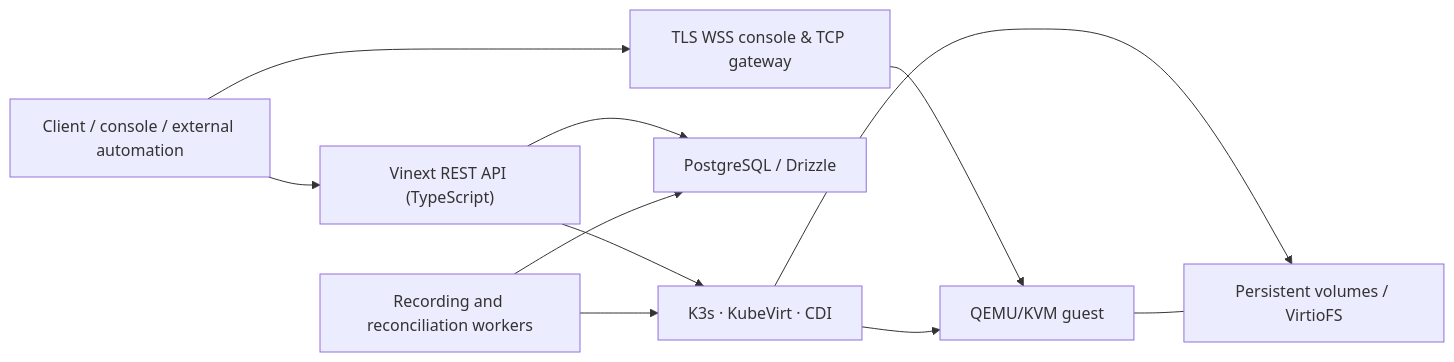
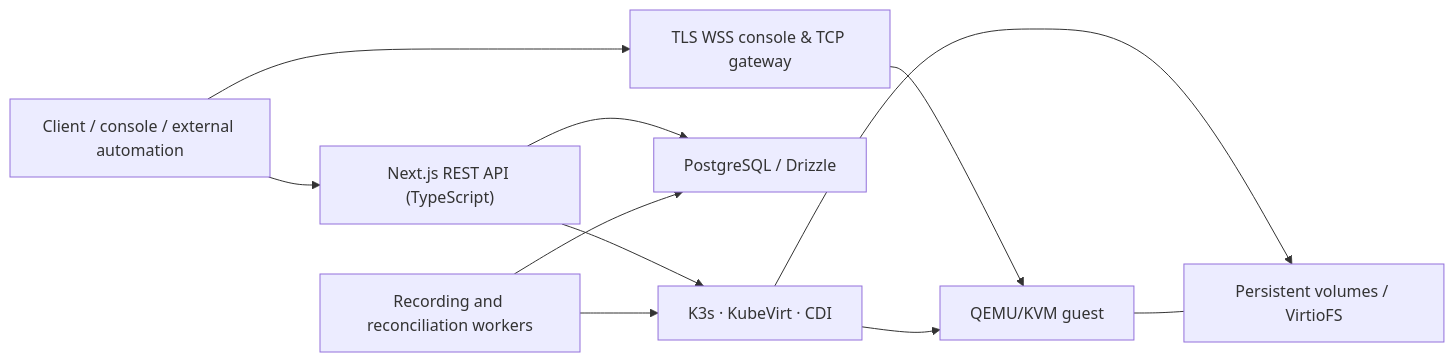
One commit to everhush/vm_interface changed the diagram in readme.md. Above: the diagram before and after it, drawn with Mermaid. The commit also changed other lines of this file and 78 other files, not shown here.

````diff
--- a/readme.md
+++ b/readme.md
@@ -32,21 +34,21 @@
 ```mermaid
 flowchart LR
     C["Client / console / external automation"]
-    A["Vinext REST API (TypeScript)"]
+    A["Next.js REST API (TypeScript)"]
     G["TLS WSS console & TCP gateway"]
     P["PostgreSQL / Drizzle"]
     K["K3s · KubeVirt · CDI"]
     V["QEMU/KVM guest"]
     D["Persistent volumes / VirtioFS"]
     R["Recording and reconciliation workers"]
     C --> A
     C --> G
     A --> P
     A --> K
     G --> V
     K --> V
     K --> D
     V --- D
     R --> P
     R --> K
 ```
````
